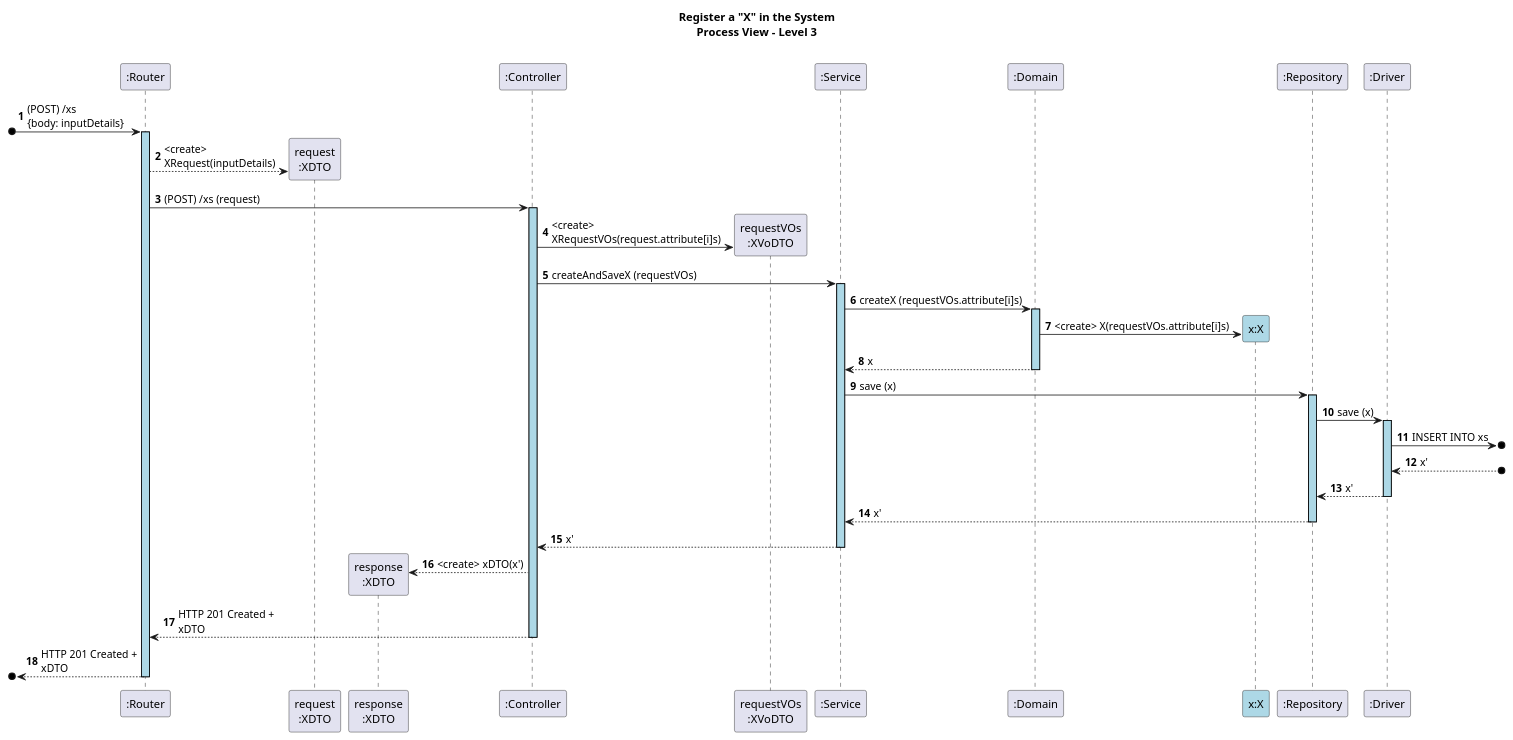
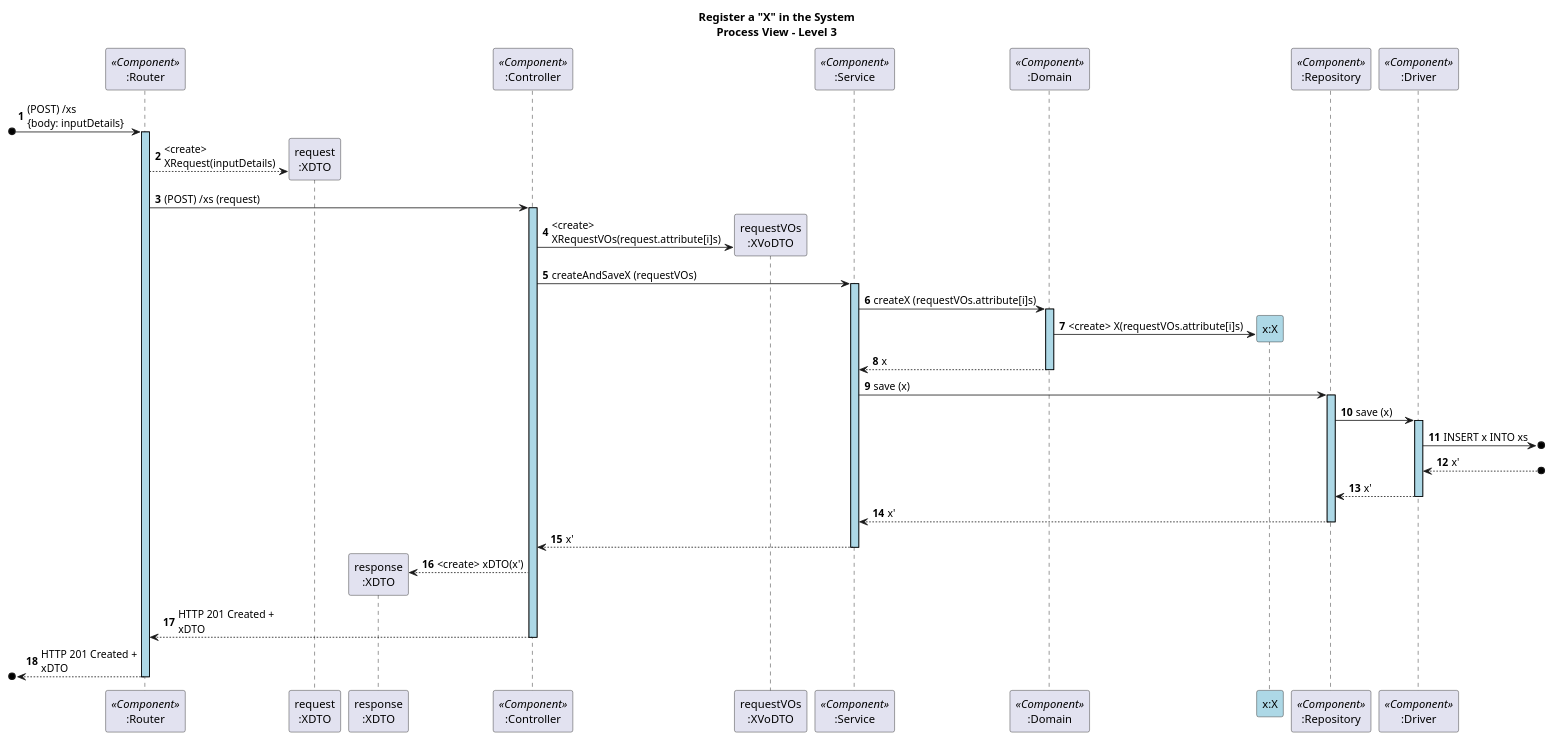
The diagram in docs/US05/sprint7/ProcessView/POST_ProcessView_Level3.puml (GasparISEP/DevOps-PAI), drawn with PlantUML before and after one commit.

Commit message:
doc: minimal refactor (refs #644)

```diff
--- a/docs/US05/sprint7/ProcessView/POST_ProcessView_Level3.puml
+++ b/docs/US05/sprint7/ProcessView/POST_ProcessView_Level3.puml
@@ -1,57 +1,57 @@
 @startuml
 autonumber
 
 skinparam sequence {
     LifelineBorderColor black
     LifelineBackgroundColor LightBlue
     ActorBorderColor black
     ActorBackgroundColor LightGray
     GroupBorderColor #cccccc
     GroupBackgroundColor #f2f2f2
 }
 
 title Register a "X" in the System\nProcess View – Level 3
 
-participant ":Router" as RT
+participant ":Router" as RT <<Component>>
 participant "request\n:XDTO" as request
 participant "response\n:XDTO" as XDTO
-participant ":Controller" as CT
+participant ":Controller" as CT <<Component>>
 participant "requestVOs\n:XVoDTO" as requestVOs
-participant ":Service" as SE
-participant ":Domain" as DM
+participant ":Service" as SE <<Component>>
+participant ":Domain" as DM <<Component>>
 participant "x:X" as X #lightBlue
-participant ":Repository" as RE
-participant ":Driver" as DV
+participant ":Repository" as RE <<Component>>
+participant ":Driver" as DV <<Component>>
 
 
 [o-> RT ++: (POST) /xs \n{body: inputDetails}
 RT --> request **: <create> \nXRequest(inputDetails)
 RT -> CT ++: (POST) /xs (request)
 CT -> requestVOs **: <create> \nXRequestVOs(request.attribute[i]s)
 
 
 CT -> SE ++: createAndSaveX (requestVOs)
 
 
 SE -> DM ++: createX (requestVOs.attribute[i]s)
 DM -> X **: <create> X(requestVOs.attribute[i]s)
 DM --> SE --: x
 
 
 
 SE -> RE ++: save (x)
 RE -> DV++: save (x)
-DV ->o]: INSERT INTO xs
+DV ->o]: INSERT x INTO xs
 DV <--o]: x'
 DV --> RE -- : x'
 RE --> SE --: x'
 
 
 SE --> CT --: x'
 CT --> XDTO **: <create> xDTO(x')
 
 CT --> RT --: HTTP 201 Created + \nxDTO
 [o<-- RT --: HTTP 201 Created + \nxDTO
 
 
 @enduml
```
